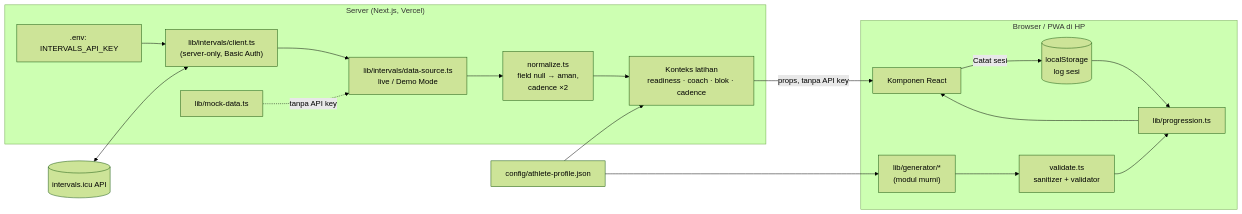
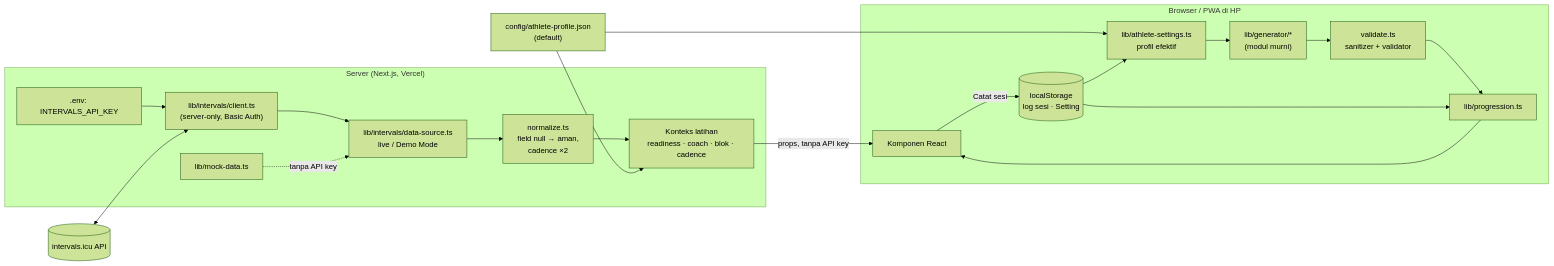
Before and after one commit to khaliladha11/hybrid-athlete-dashboard: the diagram in docs/ARCHITECTURE.md, drawn with Mermaid (forest theme). The commit also changed other lines of this file and 43 other files, not shown here.

````diff
--- a/docs/ARCHITECTURE.md
+++ b/docs/ARCHITECTURE.md
@@ -5,29 +5,32 @@
 ```mermaid
 flowchart LR
   subgraph Server["Server (Next.js, Vercel)"]
     ENV[".env: INTERVALS_API_KEY"]
     CLIENT["lib/intervals/client.ts<br/>(server-only, Basic Auth)"]
     DS["lib/intervals/data-source.ts<br/>live / Demo Mode"]
     NORM["normalize.ts<br/>field null → aman,<br/>cadence ×2"]
     CTX["Konteks latihan<br/>readiness · coach · blok · cadence"]
     ENV --> CLIENT --> DS --> NORM --> CTX
     MOCK["lib/mock-data.ts"] -. tanpa API key .-> DS
   end
 
   ICU[("intervals.icu API")] <--> CLIENT
 
   subgraph Browser["Browser / PWA di HP"]
     GEN["lib/generator/*<br/>(modul murni)"]
     VAL["validate.ts<br/>sanitizer + validator"]
     PROG["lib/progression.ts"]
-    LOG[("localStorage<br/>log sesi")]
+    LOG[("localStorage<br/>log sesi · Setting")]
+    SET["lib/athlete-settings.ts<br/>profil efektif"]
+    SET --> GEN
     UI["Komponen React"]
     GEN --> VAL --> PROG --> UI
     LOG --> PROG
     UI -- Catat sesi --> LOG
   end
 
-  PROFILE["config/athlete-profile.json"] --> GEN
+  PROFILE["config/athlete-profile.json<br/>(default)"] --> SET
+  LOG --> SET
   PROFILE --> CTX
   CTX -- props, tanpa API key --> UI
 ```
````
